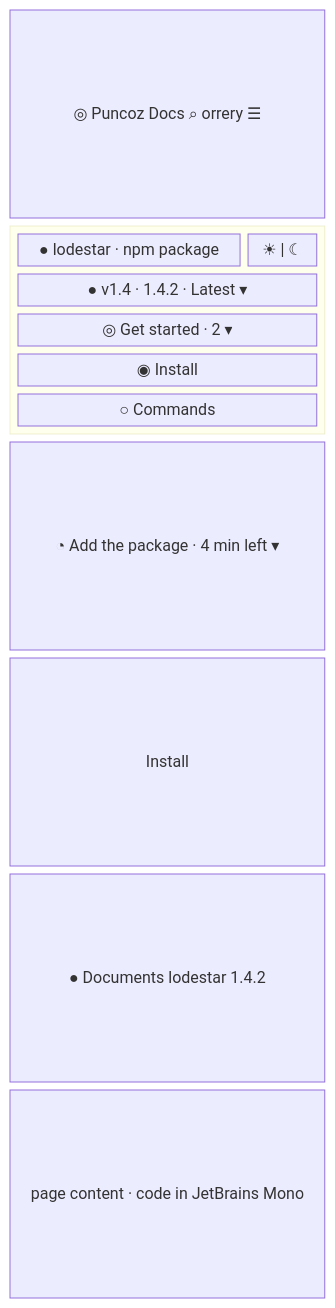
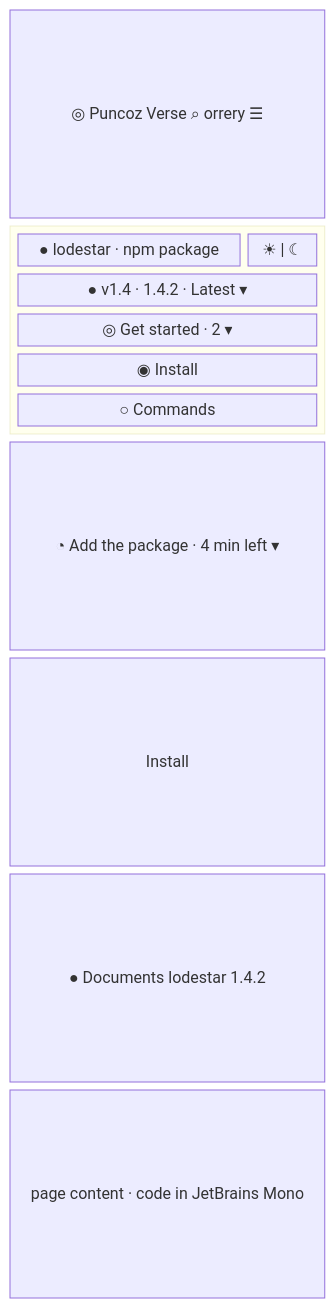
The fourth of 8 diagrams in content/docs/maintain/app-flow/site-pages.mdx (nepal-dev-com/docs.nepal-dev.com), drawn with Mermaid before and after one commit. The commit also changed other lines of this file and 85 other files, not shown here.

Commit message:
site renamed to puncoz verse

````diff
--- a/content/docs/maintain/app-flow/site-pages.mdx
+++ b/content/docs/maintain/app-flow/site-pages.mdx
@@ -153,17 +153,17 @@
 ```mermaid
 block-beta
   columns 4
-  hdr["◎ Puncoz Docs   ⌕ orrery ☰"]:4
+  hdr["◎ Puncoz Verse   ⌕ orrery ☰"]:4
   block:drawer:4
     columns 4
     chip["● lodestar · npm package"]:3 track["☀ | ☾"]:1
     ver["● v1.4 · 1.4.2 · Latest ▾"]:4
     st["◎ Get started · 2 ▾"]:4
     l1[" ◉ Install"]:4
     l2[" ○ Commands"]:4
   end
   bar["◔ Add the package · 4 min left ▾"]:4
   h1["Install"]:4
   stated["● Documents lodestar 1.4.2"]:4
   body["page content · code in JetBrains Mono"]:4
 ```
````
